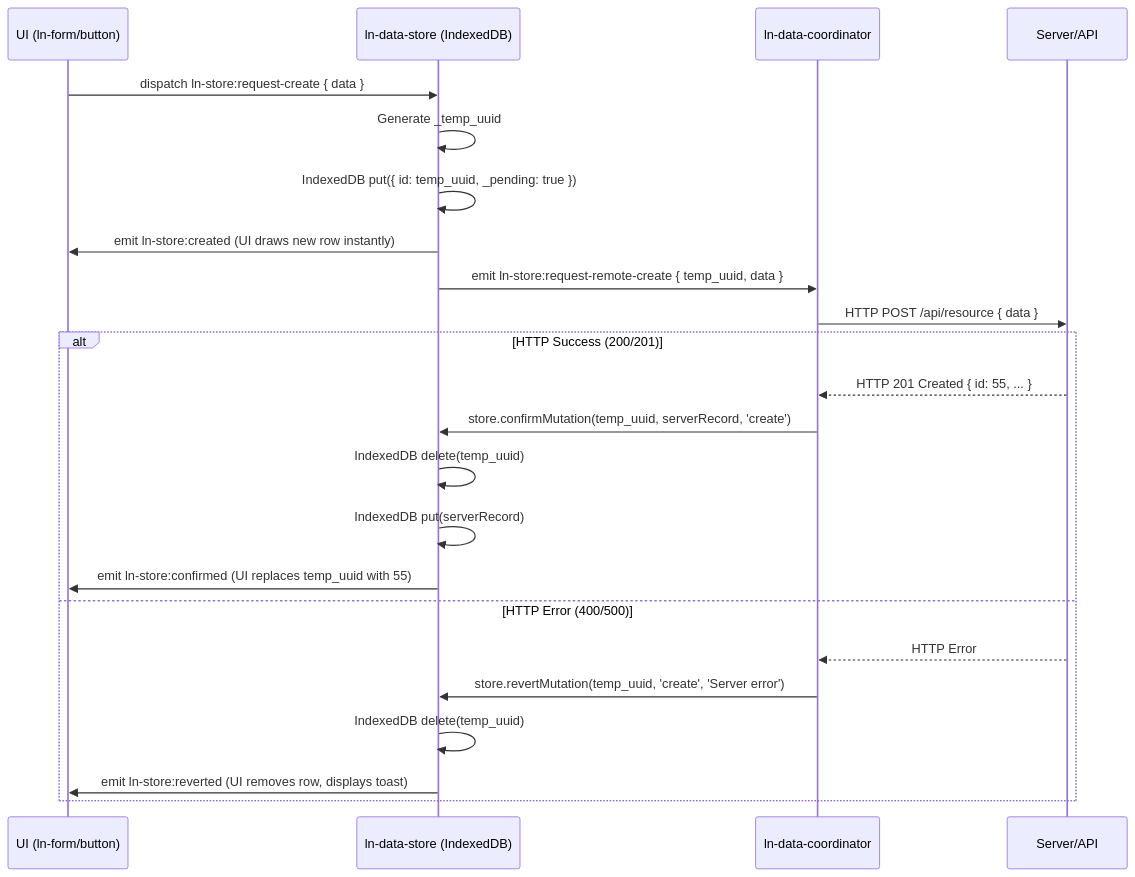
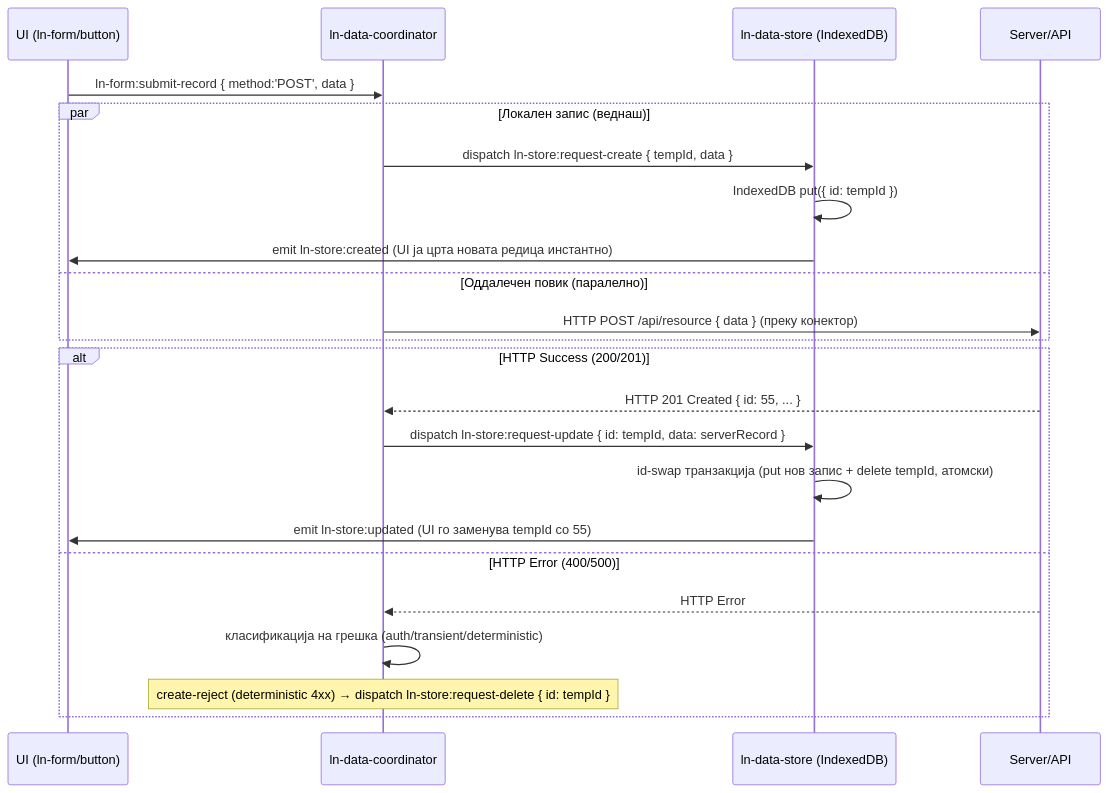
One commit to livenetworks/ln-ashlar changed the diagram in architecture_docs_draft/components/ln-data-store.md. Above: the diagram before and after it, drawn with Mermaid. The commit also changed other lines of this file and 9 other files, not shown here.

````diff
--- a/architecture_docs_draft/components/ln-data-store.md
+++ b/architecture_docs_draft/components/ln-data-store.md
@@ -102,28 +97,27 @@
 ```mermaid
 sequenceDiagram
     participant UI as UI (ln-form/button)
+    participant Coord as ln-data-coordinator
     participant Store as ln-data-store (IndexedDB)
-    participant Coord as ln-data-coordinator
     participant Server as Server/API
 
-    UI->>Store: dispatch ln-store:request-create { data }
-    Store->>Store: Generate _temp_uuid
-    Store->>Store: IndexedDB put({ id: temp_uuid, _pending: true })
-    Store->>UI: emit ln-store:created (UI draws new row instantly)
-    
-    Store->>Coord: emit ln-store:request-remote-create { temp_uuid, data }
-    Coord->>Server: HTTP POST /api/resource { data }
-    
+    UI->>Coord: ln-form:submit-record { method:'POST', data }
+    par Локален запис (веднаш)
+        Coord->>Store: dispatch ln-store:request-create { tempId, data }
+        Store->>Store: IndexedDB put({ id: tempId })
+        Store->>UI: emit ln-store:created (UI ја црта новата редица инстантно)
+    and Оддалечен повик (паралелно)
+        Coord->>Server: HTTP POST /api/resource { data } (преку конектор)
+    end
+
     alt HTTP Success (200/201)
         Server-->>Coord: HTTP 201 Created { id: 55, ... }
-        Coord->>Store: store.confirmMutation(temp_uuid, serverRecord, 'create')
-        Store->>Store: IndexedDB delete(temp_uuid)
-        Store->>Store: IndexedDB put(serverRecord)
-        Store->>UI: emit ln-store:confirmed (UI replaces temp_uuid with 55)
+        Coord->>Store: dispatch ln-store:request-update { id: tempId, data: serverRecord }
+        Store->>Store: id-swap транзакција (put нов запис + delete tempId, атомски)
+        Store->>UI: emit ln-store:updated (UI го заменува tempId со 55)
     else HTTP Error (400/500)
         Server-->>Coord: HTTP Error
-        Coord->>Store: store.revertMutation(temp_uuid, 'create', 'Server error')
-        Store->>Store: IndexedDB delete(temp_uuid)
-        Store->>UI: emit ln-store:reverted (UI removes row, displays toast)
+        Coord->>Coord: класификација на грешка (auth/transient/deterministic)
+        Note over Coord: create-reject (deterministic 4xx) → dispatch ln-store:request-delete { id: tempId }
     end
 ```
````
